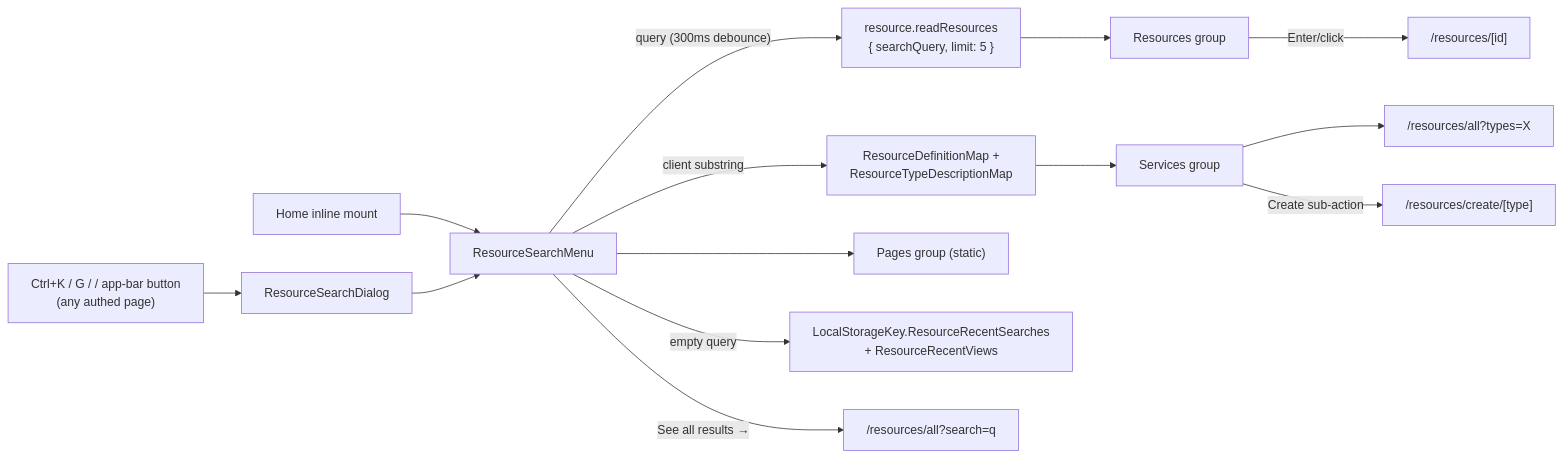
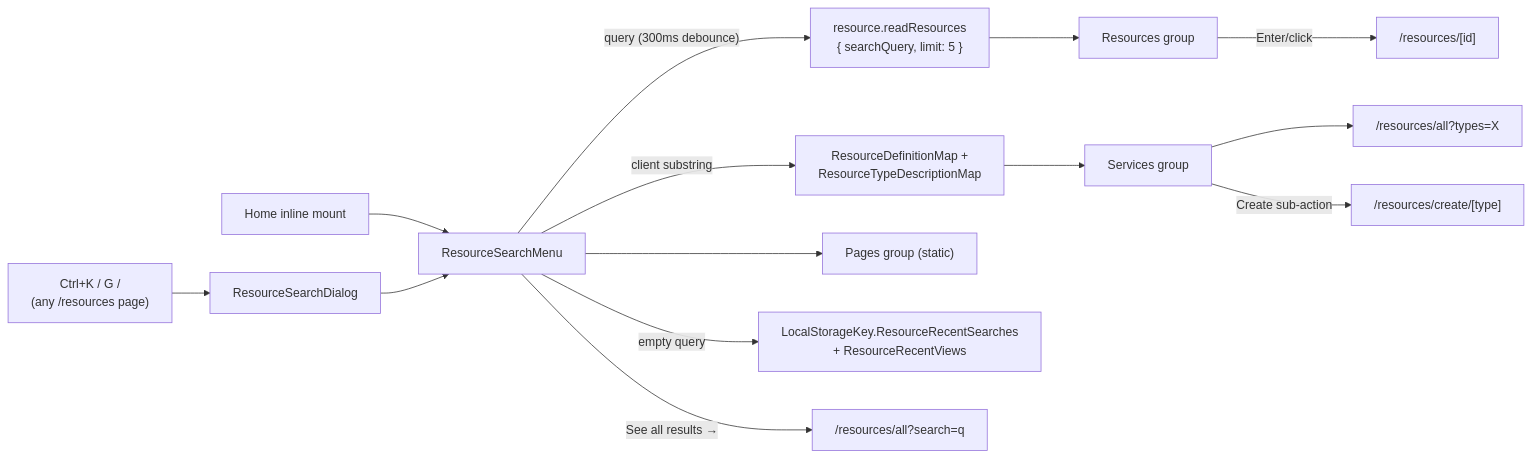
Before and after one commit to Esposter/Esposter: the diagram in packages/app/content/docs/platform/global-search.md, drawn with Mermaid. The commit also changed other lines of this file and 7 other files, not shown here.

Commit message:
fix: resources page

````diff
--- a/packages/app/content/docs/platform/global-search.md
+++ b/packages/app/content/docs/platform/global-search.md
@@ -12,15 +12,15 @@
 ```mermaid
 flowchart LR
   HOME["Home inline mount"] --> SM["ResourceSearchMenu"]
-  CK["Ctrl+K / G / / app-bar button<br/>(any authed page)"] --> DLG["ResourceSearchDialog"] --> SM
+  CK["Ctrl+K / G /<br/>(any /resources page)"] --> DLG["ResourceSearchDialog"] --> SM
 
   SM -->|"query (300ms debounce)"| RR["resource.readResources<br/>{ searchQuery, limit: 5 }"] --> RG["Resources group"]
   SM -->|client substring| RDM["ResourceDefinitionMap +<br/>ResourceTypeDescriptionMap"] --> SG["Services group"]
   SM --> PG["Pages group (static)"]
   SM -->|empty query| LS["LocalStorageKey.ResourceRecentSearches<br/>+ ResourceRecentViews"]
 
   RG -->|Enter/click| RES["/resources/[id]"]
   SG --> ALLT["/resources/all?types=X"]
   SG -->|Create sub-action| CT["/resources/create/[type]"]
   SM -->|"See all results →"| ALL["/resources/all?search=q"]
 ```
````
